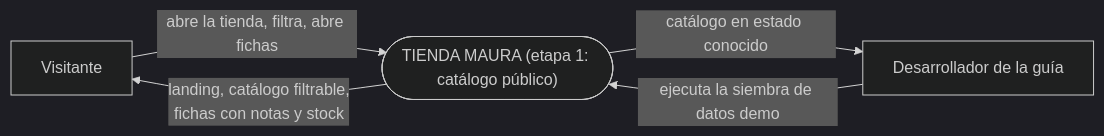
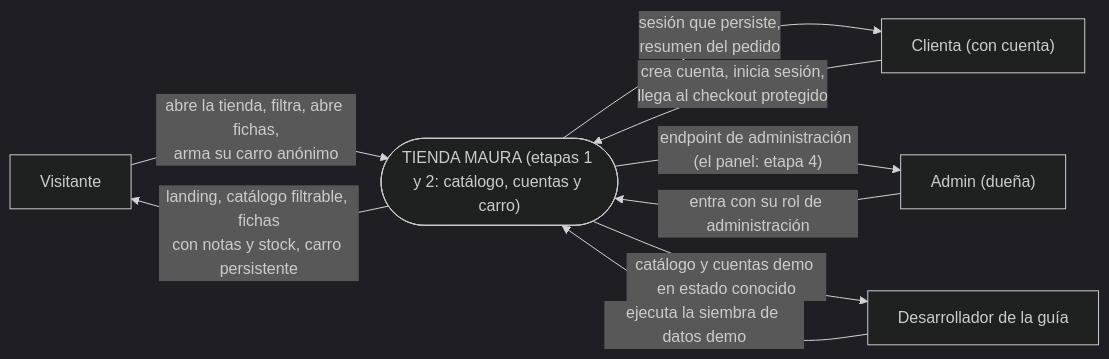
Before and after one commit to hlopezm1578/demo-carro: the second of 10 diagrams in docs/03_diseno.md, drawn with Mermaid (dark theme). The commit also changed other lines of this file, not shown here.

First line of the commit message:
docs(02-02): diseño de la etapa 2 en docs/03 (USUARIO, procesos 5.0-8.0, pantallas 4-7)

````diff
--- a/docs/03_diseno.md
+++ b/docs/03_diseno.md
@@ -117,11 +165,17 @@
 ```mermaid
 flowchart LR
     V["Visitante"]
+    CC["Clienta (con cuenta)"]
+    AD["Admin (dueña)"]
     D["Desarrollador de la guía"]
-    SISTEMA(["TIENDA MAURA (etapa 1: catálogo público)"])
+    SISTEMA(["TIENDA MAURA (etapas 1 y 2: catálogo, cuentas y carro)"])
 
-    V -->|"abre la tienda, filtra, abre fichas"| SISTEMA
-    SISTEMA -->|"landing, catálogo filtrable,<br>fichas con notas y stock"| V
+    V -->|"abre la tienda, filtra, abre fichas,<br>arma su carro anónimo"| SISTEMA
+    SISTEMA -->|"landing, catálogo filtrable, fichas<br>con notas y stock, carro persistente"| V
+    CC -->|"crea cuenta, inicia sesión,<br>llega al checkout protegido"| SISTEMA
+    SISTEMA -->|"sesión que persiste,<br>resumen del pedido"| CC
+    AD -->|"entra con su rol de administración"| SISTEMA
+    SISTEMA -->|"endpoint de administración (el panel: etapa 4)"| AD
     D -->|"ejecuta la siembra de datos demo"| SISTEMA
-    SISTEMA -->|"catálogo en estado conocido"| D
+    SISTEMA -->|"catálogo y cuentas demo en estado conocido"| D
 ```
````
